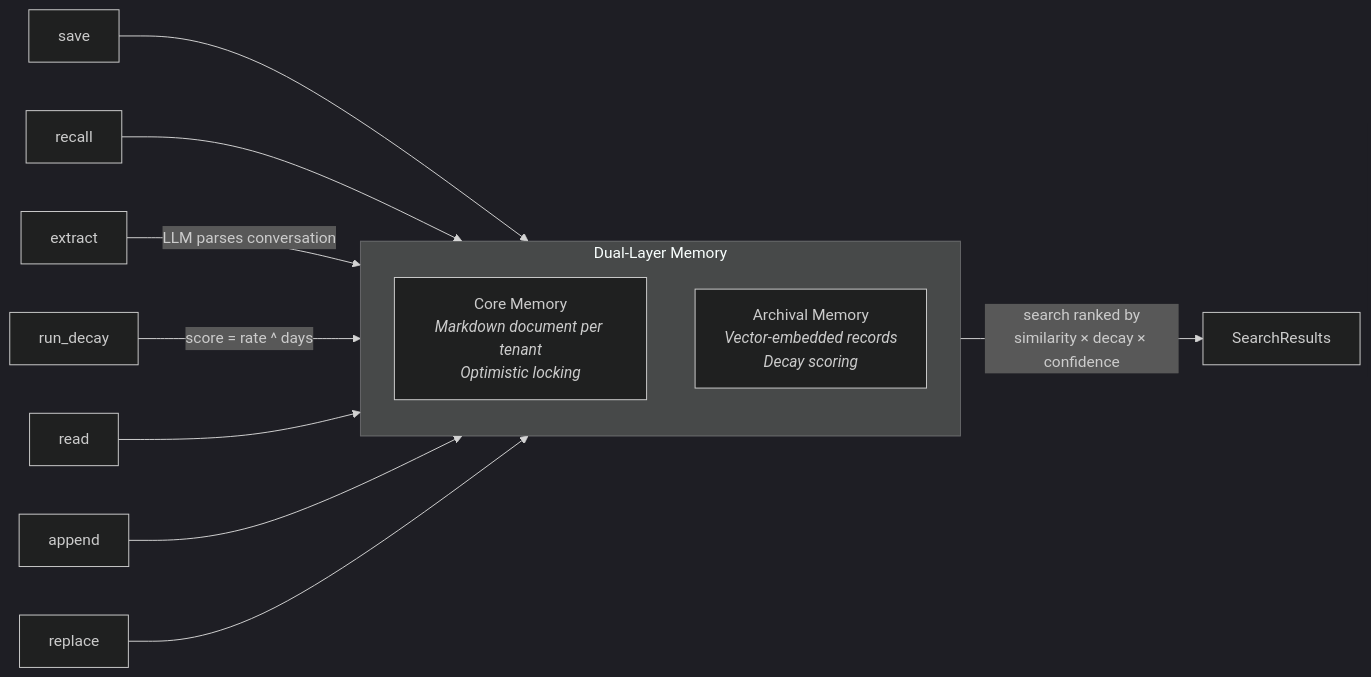
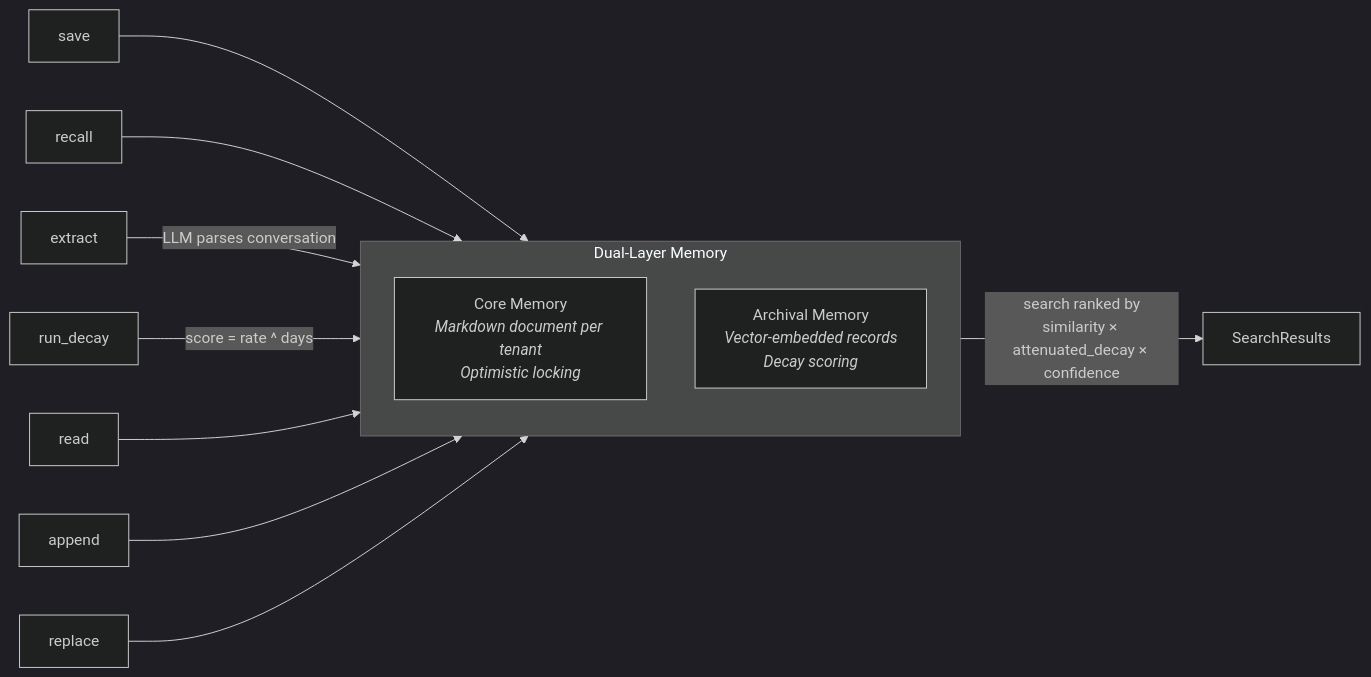
Before and after one commit to thinklikeadesigner/cascade-memory: the second of 2 diagrams in README.md, drawn with Mermaid (dark theme). The commit also changed other lines of this file and 4 other files, not shown here.

````diff
--- a/README.md
+++ b/README.md
@@ -116,19 +116,19 @@
 ```mermaid
 graph LR
     subgraph Dual-Layer Memory
         direction TB
         CORE[Core Memory<br/><i>Markdown document per tenant</i><br/><i>Optimistic locking</i>]
         ARCH[Archival Memory<br/><i>Vector-embedded records</i><br/><i>Decay scoring</i>]
     end
 
     SAVE[save] --> ARCH
     RECALL[recall] --> ARCH
     EXTRACT[extract] -->|LLM parses conversation| ARCH
     DECAY[run_decay] -->|score = rate ^ days| ARCH
 
     READ[read] --> CORE
     APPEND[append] --> CORE
     REPLACE[replace] --> CORE
 
-    ARCH -->|search ranked by<br/>similarity × decay × confidence| RESULTS[SearchResults]
+    ARCH -->|search ranked by<br/>similarity × attenuated_decay × confidence| RESULTS[SearchResults]
 ```
````
